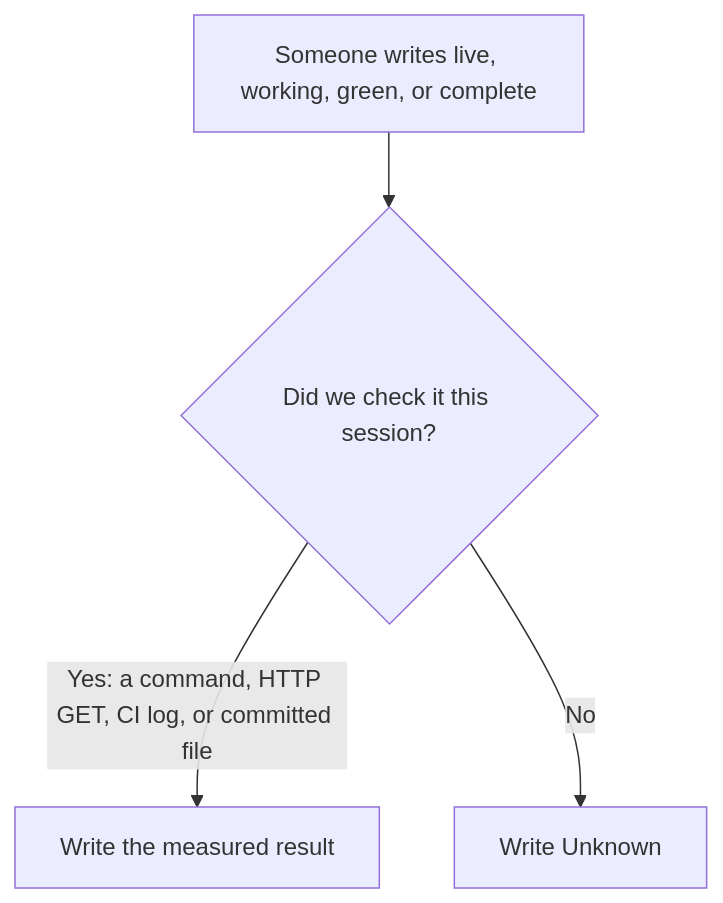
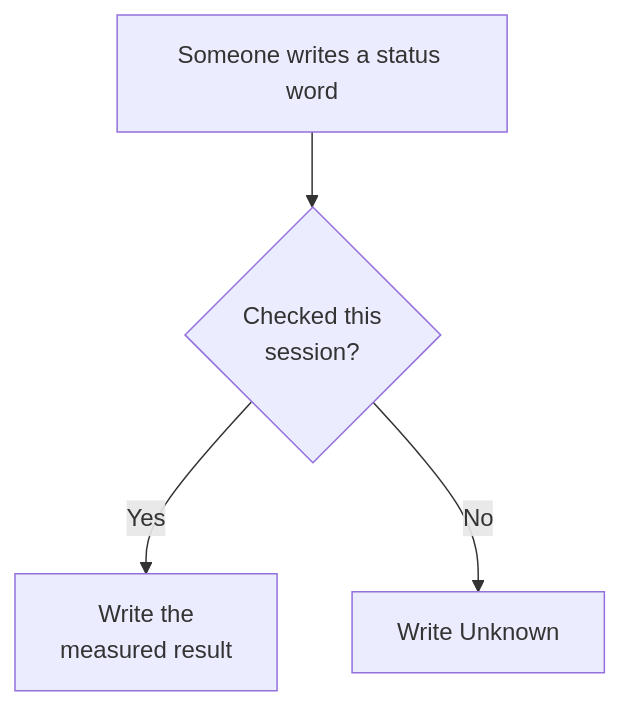
Before and after one commit to artofdream/aea-interactive-design: the diagram in knowledge/glossary.md, drawn with Mermaid. The commit also changed other lines of this file and 6 other files, not shown here.

First line of the commit message:
Knowledge: mobile-friendly glossary status-word diagram (#114)

````diff
--- a/knowledge/glossary.md
+++ b/knowledge/glossary.md
@@ -9,6 +9,10 @@
-```mermaid
+```mermaid fit
 flowchart TD
-  Claim["Someone writes live, working, green, or complete"] --> Q{"Did we check it this session?"}
-  Q -->|"Yes: a command, HTTP GET, CI log, or committed file"| Result["Write the measured result"]
-  Q -->|No| Unknown["Write Unknown"]
+  Claim["Someone writes a status word"]
+  Q{"Checked this<br/>session?"}
+  Result["Write the<br/>measured result"]
+  Unknown["Write Unknown"]
+  Claim --> Q
+  Q -->|Yes| Result
+  Q -->|No| Unknown
 ```
````
